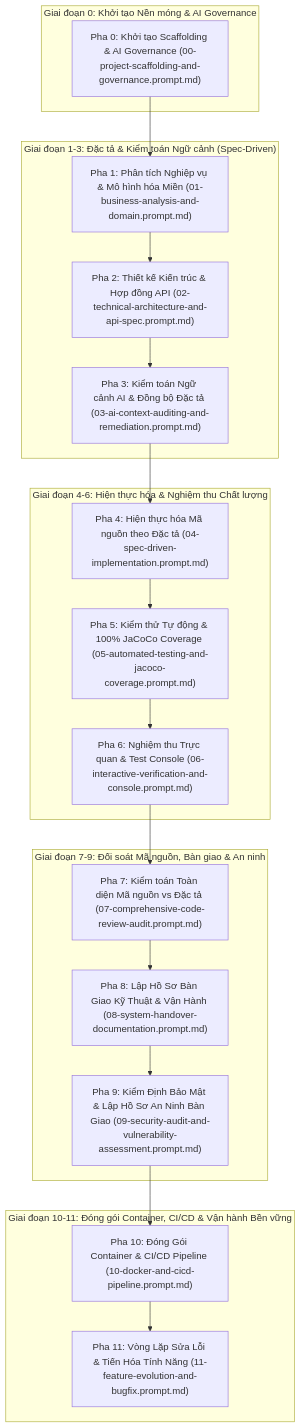
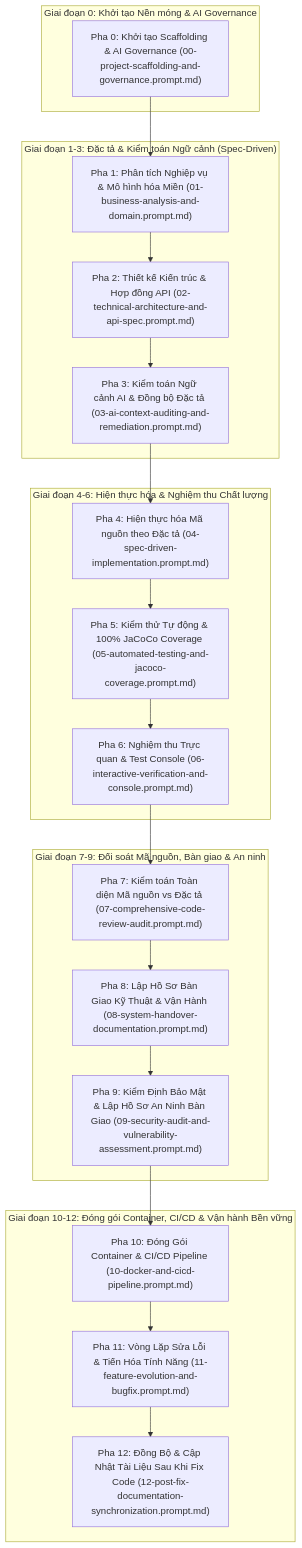
One commit to duongbaphuc/ai-native-oms-api changed the diagram in docs/prompt/01-sdlc-playbook/00-MASTER-AI-NATIVE-SDLC-PLAYBOOK.md. Above: the diagram before and after it, drawn with Mermaid. The commit also changed other lines of this file and 6 other files, not shown here.

````diff
--- a/docs/prompt/01-sdlc-playbook/00-MASTER-AI-NATIVE-SDLC-PLAYBOOK.md
+++ b/docs/prompt/01-sdlc-playbook/00-MASTER-AI-NATIVE-SDLC-PLAYBOOK.md
@@ -9,29 +9,30 @@
 ```mermaid
 graph TD
     subgraph "Giai đoạn 0: Khởi tạo Nền móng & AI Governance"
         P0["Pha 0: Khởi tạo Scaffolding & AI Governance (00-project-scaffolding-and-governance.prompt.md)"]
     end
 
     subgraph "Giai đoạn 1-3: Đặc tả & Kiểm toán Ngữ cảnh (Spec-Driven)"
         P0 --> P1["Pha 1: Phân tích Nghiệp vụ & Mô hình hóa Miền (01-business-analysis-and-domain.prompt.md)"]
         P1 --> P2["Pha 2: Thiết kế Kiến trúc & Hợp đồng API (02-technical-architecture-and-api-spec.prompt.md)"]
         P2 --> P3["Pha 3: Kiểm toán Ngữ cảnh AI & Đồng bộ Đặc tả (03-ai-context-auditing-and-remediation.prompt.md)"]
     end
 
     subgraph "Giai đoạn 4-6: Hiện thực hóa & Nghiệm thu Chất lượng"
         P3 --> P4["Pha 4: Hiện thực hóa Mã nguồn theo Đặc tả (04-spec-driven-implementation.prompt.md)"]
         P4 --> P5["Pha 5: Kiểm thử Tự động & 100% JaCoCo Coverage (05-automated-testing-and-jacoco-coverage.prompt.md)"]
         P5 --> P6["Pha 6: Nghiệm thu Trực quan & Test Console (06-interactive-verification-and-console.prompt.md)"]
     end
 
     subgraph "Giai đoạn 7-9: Đối soát Mã nguồn, Bàn giao & An ninh"
         P6 --> P7["Pha 7: Kiểm toán Toàn diện Mã nguồn vs Đặc tả (07-comprehensive-code-review-audit.prompt.md)"]
         P7 --> P8["Pha 8: Lập Hồ Sơ Bàn Giao Kỹ Thuật & Vận Hành (08-system-handover-documentation.prompt.md)"]
         P8 --> P9["Pha 9: Kiểm Định Bảo Mật & Lập Hồ Sơ An Ninh Bàn Giao (09-security-audit-and-vulnerability-assessment.prompt.md)"]
     end
 
-    subgraph "Giai đoạn 10-11: Đóng gói Container, CI/CD & Vận hành Bền vững"
+    subgraph "Giai đoạn 10-12: Đóng gói Container, CI/CD & Vận hành Bền vững"
         P9 --> P10["Pha 10: Đóng Gói Container & CI/CD Pipeline (10-docker-and-cicd-pipeline.prompt.md)"]
         P10 --> P11["Pha 11: Vòng Lặp Sửa Lỗi & Tiến Hóa Tính Năng (11-feature-evolution-and-bugfix.prompt.md)"]
+        P11 --> P12["Pha 12: Đồng Bộ & Cập Nhật Tài Liệu Sau Khi Fix Code (12-post-fix-documentation-synchronization.prompt.md)"]
     end
 ```
````
